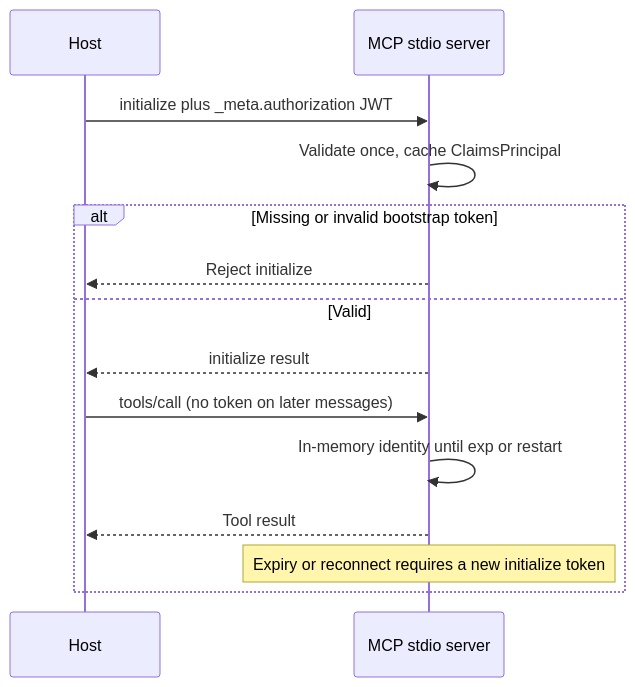
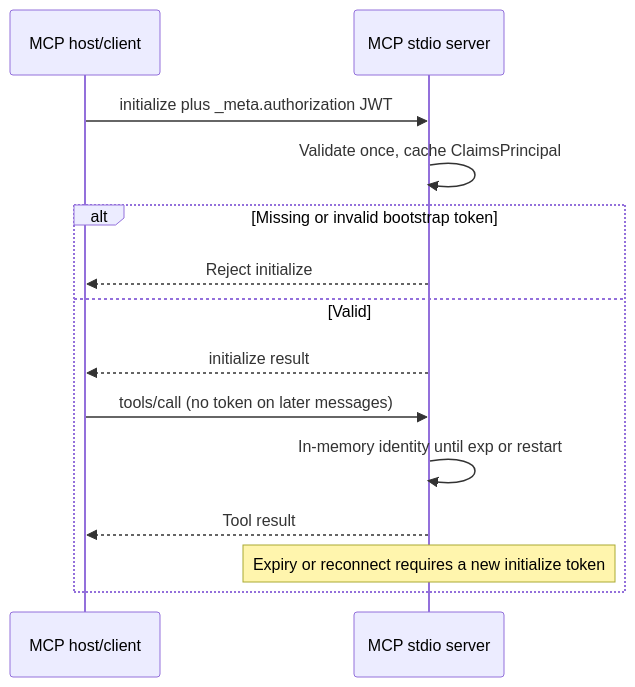
One commit to sheshisheri-hi/ai-security-ideas changed the sixth of 7 diagrams in research/adr/001-mcp-server-oauth-entra.md. Above: the diagram before and after it, drawn with Mermaid. The commit also changed other lines of this file and 1 other file, not shown here.

Commit message:
adr: 001 map security best practices to MCP server vs host/client

````diff
--- a/research/adr/001-mcp-server-oauth-entra.md
+++ b/research/adr/001-mcp-server-oauth-entra.md
@@ -309,17 +309,17 @@
 ```mermaid
 sequenceDiagram
-    participant Host
+    participant Host as MCP host/client
     participant Server as MCP stdio server
 
     Host->>Server: initialize plus _meta.authorization JWT
     Server->>Server: Validate once, cache ClaimsPrincipal
     alt Missing or invalid bootstrap token
         Server-->>Host: Reject initialize
     else Valid
         Server-->>Host: initialize result
         Host->>Server: tools/call (no token on later messages)
         Server->>Server: In-memory identity until exp or restart
         Server-->>Host: Tool result
         Note over Server: Expiry or reconnect requires a new initialize token
     end
 ```
````
